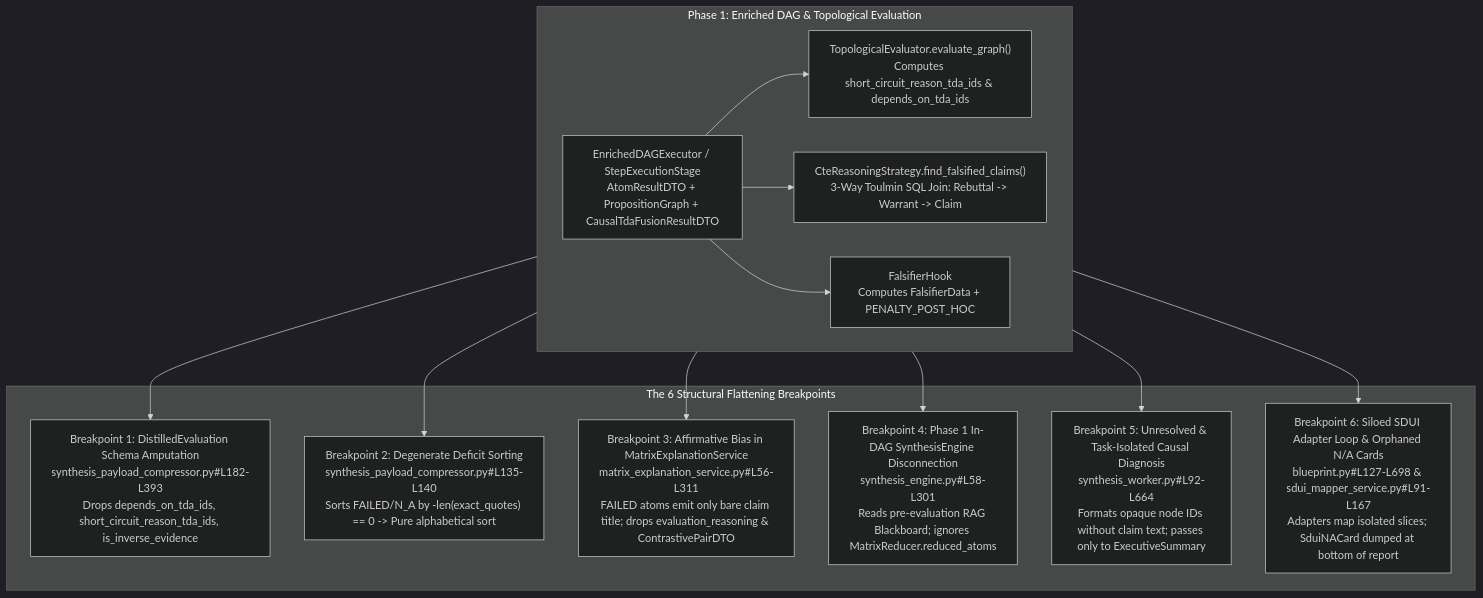
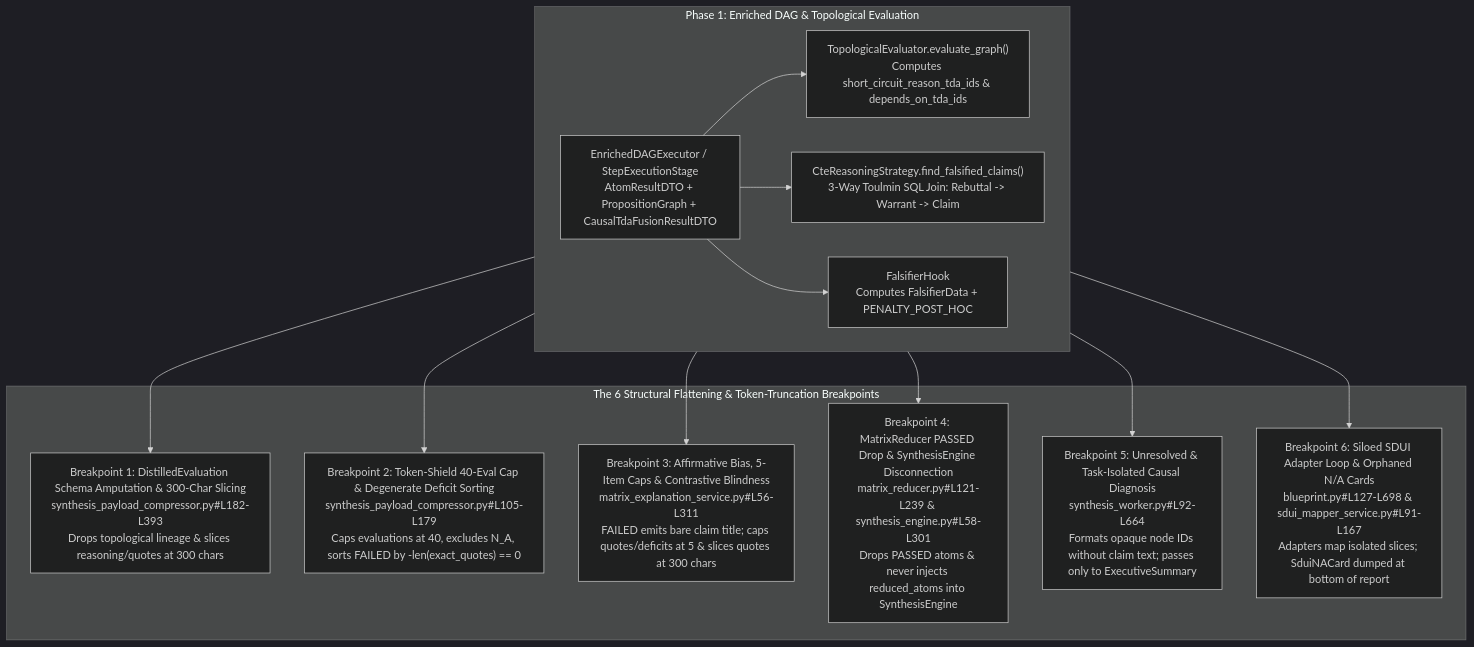
One commit to launis/quorum changed the diagram in docs/epic/EPIC_161_topological_synthesis_cohesion.md. Above: the diagram before and after it, drawn with Mermaid (dark theme). The commit also changed other lines of this file and 6 other files, not shown here.

Commit message:
feat: initialize EPIC 161 topological synthesis cohesion documentation and task plans

````diff
--- a/docs/epic/EPIC_161_topological_synthesis_cohesion.md
+++ b/docs/epic/EPIC_161_topological_synthesis_cohesion.md
@@ -25,28 +25,28 @@
 ```mermaid
 flowchart TD
     subgraph Phase1["Phase 1: Enriched DAG & Topological Evaluation"]
         A["EnrichedDAGExecutor / StepExecutionStage\nAtomResultDTO + PropositionGraph + CausalTdaFusionResultDTO"]
         B["TopologicalEvaluator.evaluate_graph()\nComputes short_circuit_reason_tda_ids & depends_on_tda_ids"]
         C["CteReasoningStrategy.find_falsified_claims()\n3-Way Toulmin SQL Join: Rebuttal -> Warrant -> Claim"]
         D["FalsifierHook\nComputes FalsifierData + PENALTY_POST_HOC"]
         A --> B
         A --> C
         A --> D
     end
 
-    subgraph Breakpoints["The 6 Structural Flattening Breakpoints"]
-        BP1["Breakpoint 1: DistilledEvaluation Schema Amputation\nsynthesis_payload_compressor.py#L182-L393\nDrops depends_on_tda_ids, short_circuit_reason_tda_ids, is_inverse_evidence"]
-        BP2["Breakpoint 2: Degenerate Deficit Sorting\nsynthesis_payload_compressor.py#L135-L140\nSorts FAILED/N_A by -len(exact_quotes) == 0 -> Pure alphabetical sort"]
-        BP3["Breakpoint 3: Affirmative Bias in MatrixExplanationService\nmatrix_explanation_service.py#L56-L311\nFAILED atoms emit only bare claim title; drops evaluation_reasoning & ContrastivePairDTO"]
-        BP4["Breakpoint 4: Phase 1 In-DAG SynthesisEngine Disconnection\nsynthesis_engine.py#L58-L301\nReads pre-evaluation RAG Blackboard; ignores MatrixReducer.reduced_atoms"]
+    subgraph Breakpoints["The 6 Structural Flattening & Token-Truncation Breakpoints"]
+        BP1["Breakpoint 1: DistilledEvaluation Schema Amputation & 300-Char Slicing\nsynthesis_payload_compressor.py#L182-L393\nDrops topological lineage & slices reasoning/quotes at 300 chars"]
+        BP2["Breakpoint 2: Token-Shield 40-Eval Cap & Degenerate Deficit Sorting\nsynthesis_payload_compressor.py#L105-L179\nCaps evaluations at 40, excludes N_A, sorts FAILED by -len(exact_quotes) == 0"]
+        BP3["Breakpoint 3: Affirmative Bias, 5-Item Caps & Contrastive Blindness\nmatrix_explanation_service.py#L56-L311\nFAILED emits bare claim title; caps quotes/deficits at 5 & slices quotes at 300 chars"]
+        BP4["Breakpoint 4: MatrixReducer PASSED Drop & SynthesisEngine Disconnection\nmatrix_reducer.py#L121-L239 & synthesis_engine.py#L58-L301\nDrops PASSED atoms & never injects reduced_atoms into SynthesisEngine"]
         BP5["Breakpoint 5: Unresolved & Task-Isolated Causal Diagnosis\nsynthesis_worker.py#L92-L664\nFormats opaque node IDs without claim text; passes only to ExecutiveSummary"]
         BP6["Breakpoint 6: Siloed SDUI Adapter Loop & Orphaned N/A Cards\nblueprint.py#L127-L698 & sdui_mapper_service.py#L91-L167\nAdapters map isolated slices; SduiNACard dumped at bottom of report"]
     end
 
     Phase1 --> BP1
     Phase1 --> BP2
     Phase1 --> BP3
     Phase1 --> BP4
     Phase1 --> BP5
     Phase1 --> BP6
 ```
````
